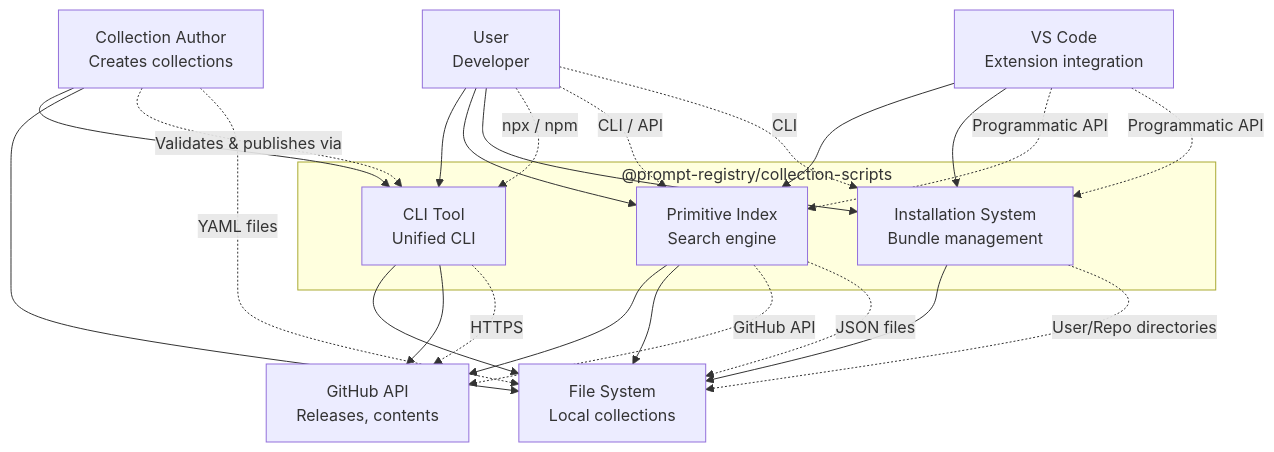
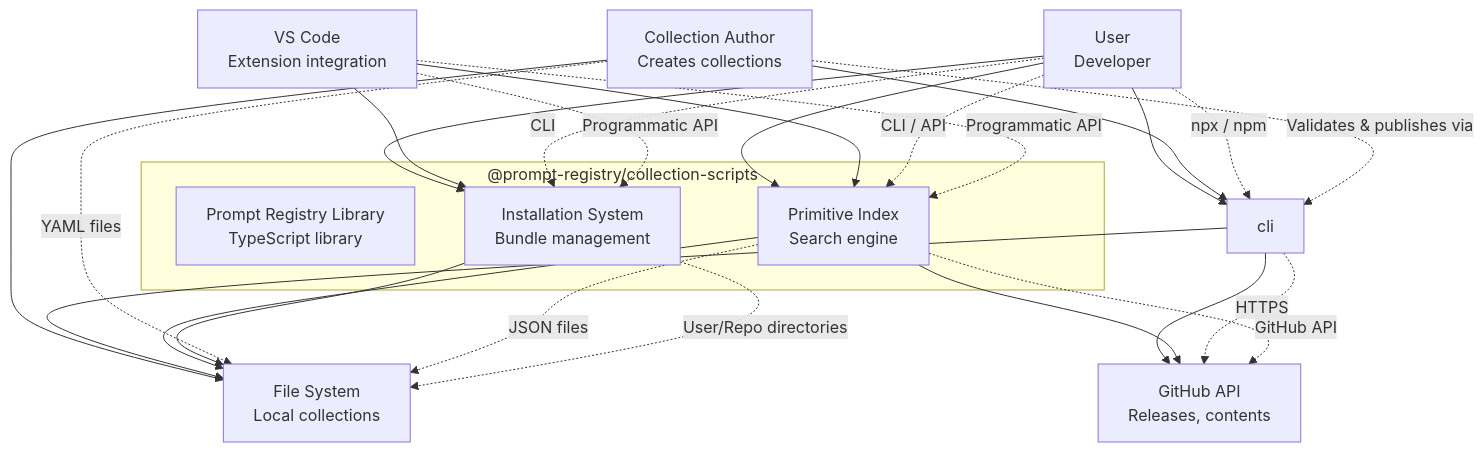
The diagram in lib/docs/README.md (wherka-ama/prompt-registry), drawn with Mermaid before and after one commit. The commit also changed other lines of this file and 3 other files, not shown here.

First line of the commit message:
docs: update terminology from 'collection scripts library' to 'Prompt Registry library'

````diff
--- a/lib/docs/README.md
+++ b/lib/docs/README.md
@@ -38,45 +38,45 @@
 ```mermaid
 flowchart TB
     user[User<br/>Developer]
     author[Collection Author<br/>Creates collections]
 
     subgraph Library["@prompt-registry/collection-scripts"]
-        cli[CLI Tool<br/>Unified CLI]
+        lib[Prompt Registry Library<br/>TypeScript library]
         index[Primitive Index<br/>Search engine]
         install[Installation System<br/>Bundle management]
     end
 
     github[GitHub API<br/>Releases, contents]
     vscode[VS Code<br/>Extension integration]
     FS[File System<br/>Local collections]
 
     user --> cli
     user --> index
     user --> install
 
     author --> cli
     author --> FS
 
     cli --> FS
     cli --> github
 
     index --> github
     index --> FS
 
     install --> FS
 
     vscode --> index
     vscode --> install
 
     user -."npx / npm".-> cli
     user -."CLI / API".-> index
     user -."CLI".-> install
     author -."Validates & publishes via".-> cli
     author -."YAML files".-> FS
     cli -."HTTPS".-> github
     index -."GitHub API".-> github
     index -."JSON files".-> FS
     install -."User/Repo directories".-> FS
     vscode -."Programmatic API".-> index
     vscode -."Programmatic API".-> install
 ```
````
